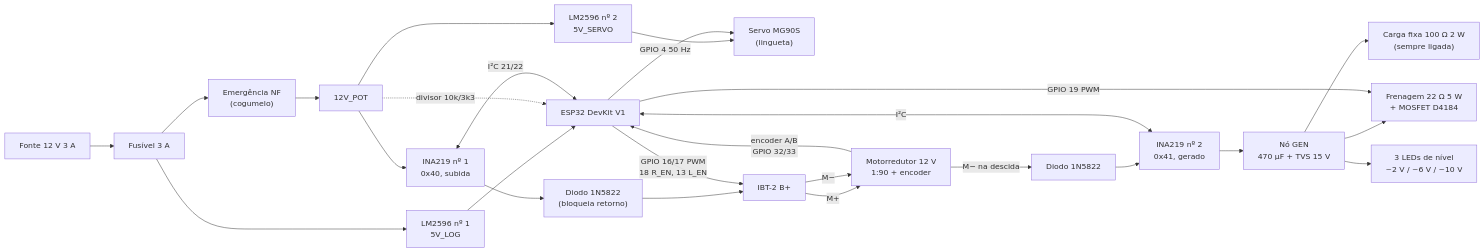
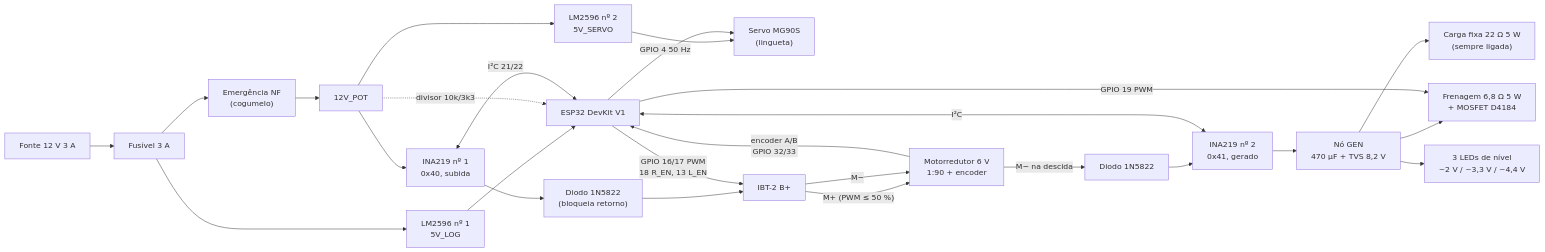
The first of 2 diagrams in MVP_FABLAB/02_ARQUITETO/circuito.md (raimundogabriel/projeto-bateria-gravitacional), drawn with Mermaid before and after one commit. The commit also changed other lines of this file and 23 other files, not shown here.

````diff
--- a/MVP_FABLAB/02_ARQUITETO/circuito.md
+++ b/MVP_FABLAB/02_ARQUITETO/circuito.md
@@ -21,28 +24,28 @@
 ```mermaid
 flowchart LR
     PSU["Fonte 12 V 3 A"] --> FUS["Fusível 3 A"]
     FUS --> BUCK1["LM2596 nº 1<br/>5V_LOG"]
     BUCK1 --> ESP["ESP32 DevKit V1"]
     FUS --> EM["Emergência NF<br/>(cogumelo)"]
     EM --> POT["12V_POT"]
     POT --> BUCK2["LM2596 nº 2<br/>5V_SERVO"]
     BUCK2 --> SERVO["Servo MG90S<br/>(lingueta)"]
     POT --> INA1["INA219 nº 1<br/>0x40, subida"]
     INA1 --> DS["Diodo 1N5822<br/>(bloqueia retorno)"]
     DS --> IBT["IBT-2 B+"]
     POT -.divisor 10k/3k3.-> ESP
-    IBT -->|M+| MOT["Motorredutor 12 V<br/>1:90 + encoder"]
+    IBT -->|"M+ (PWM ≤ 50 %)"| MOT["Motorredutor 6 V<br/>1:90 + encoder"]
     IBT -->|M−| MOT
     MOT -->|"M− na descida"| DG["Diodo 1N5822"]
     DG --> INA2["INA219 nº 2<br/>0x41, gerado"]
-    INA2 --> GEN["Nó GEN<br/>470 µF + TVS 15 V"]
-    GEN --> FIX["Carga fixa 100 Ω 2 W<br/>(sempre ligada)"]
-    GEN --> FR["Frenagem 22 Ω 5 W<br/>+ MOSFET D4184"]
-    GEN --> LEDS["3 LEDs de nível<br/>~2 V / ~6 V / ~10 V"]
+    INA2 --> GEN["Nó GEN<br/>470 µF + TVS 8,2 V"]
+    GEN --> FIX["Carga fixa 22 Ω 5 W<br/>(sempre ligada)"]
+    GEN --> FR["Frenagem 6,8 Ω 5 W<br/>+ MOSFET D4184"]
+    GEN --> LEDS["3 LEDs de nível<br/>~2 V / ~3,3 V / ~4,4 V"]
     ESP -->|"GPIO 16/17 PWM<br/>18 R_EN, 13 L_EN"| IBT
     ESP -->|GPIO 19 PWM| FR
     ESP -->|GPIO 4 50 Hz| SERVO
     MOT -->|"encoder A/B<br/>GPIO 32/33"| ESP
     INA1 <-->|I²C 21/22| ESP
     INA2 <-->|I²C| ESP
 ```
````
